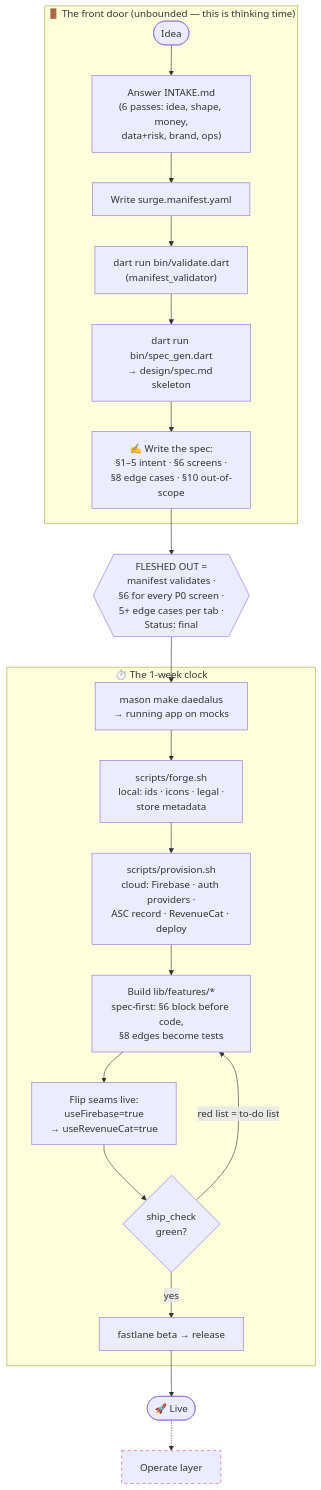
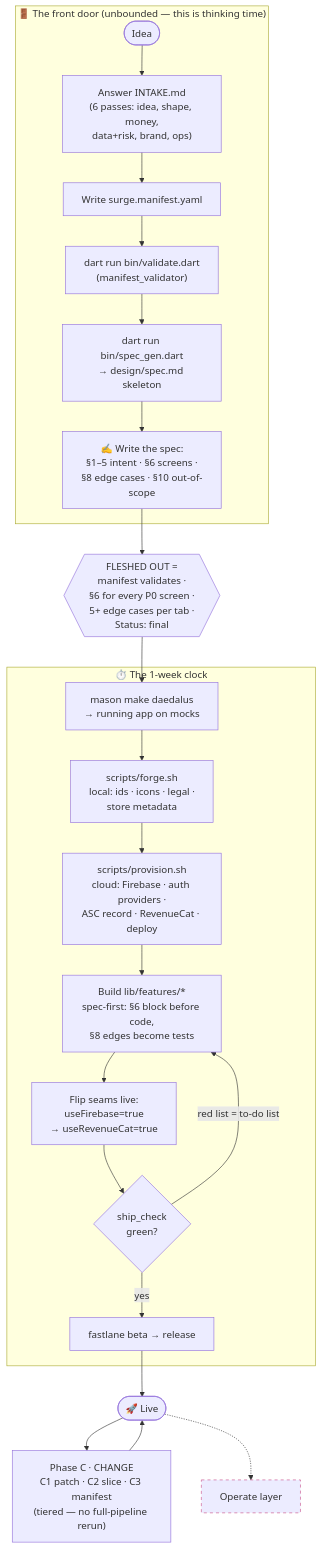
The first of 2 diagrams in docs/pipeline.md (Surge-Studios-Dev/daedalus), drawn with Mermaid before and after one commit. The commit also changed other lines of this file and 3 other files, not shown here.

First line of the commit message:
feat(runbook): Phase C - the tiered CHANGE loop for live apps

````diff
--- a/docs/pipeline.md
+++ b/docs/pipeline.md
@@ -12,32 +12,34 @@
 ```mermaid
 flowchart TD
     subgraph front["🚪 The front door (unbounded — this is thinking time)"]
         idea(["Idea"]) --> intake["Answer INTAKE.md<br/>(6 passes: idea, shape, money,<br/>data+risk, brand, ops)"]
         intake --> man["Write surge.manifest.yaml"]
         man --> val["dart run bin/validate.dart<br/>(manifest_validator)"]
         val --> gen["dart run bin/spec_gen.dart<br/>→ design/spec.md skeleton"]
         gen --> write["✍️ Write the spec:<br/>§1–5 intent · §6 screens ·<br/>§8 edge cases · §10 out-of-scope"]
     end
 
     write --> fleshed{{"FLESHED OUT =<br/>manifest validates ·<br/>§6 for every P0 screen ·<br/>5+ edge cases per tab ·<br/>Status: final"}}
 
     subgraph week["⏱️ The 1-week clock"]
         stamp["mason make daedalus<br/>→ running app on mocks"]
         forge["scripts/forge.sh<br/>local: ids · icons · legal ·<br/>store metadata"]
         provision["scripts/provision.sh<br/>cloud: Firebase · auth providers ·<br/>ASC record · RevenueCat · deploy"]
         features["Build lib/features/*<br/>spec-first: §6 block before code,<br/>§8 edges become tests"]
         flip["Flip seams live:<br/>useFirebase=true<br/>→ useRevenueCat=true"]
         gate{"ship_check<br/>green?"}
         ship["fastlane beta → release"]
         stamp --> forge --> provision --> features --> flip --> gate
         gate -->|"red list = to-do list"| features
         gate -->|yes| ship
     end
 
     fleshed --> stamp
     ship --> live(["🚀 Live"])
+    live --> change["Phase C · CHANGE<br/>C1 patch · C2 slice · C3 manifest<br/>(tiered — no full-pipeline rerun)"]
+    change --> live
     live -.-> operate["Operate layer"]
 
     classDef todo stroke-dasharray: 5 5,stroke:#c9528b
     class operate todo
 ```
````
